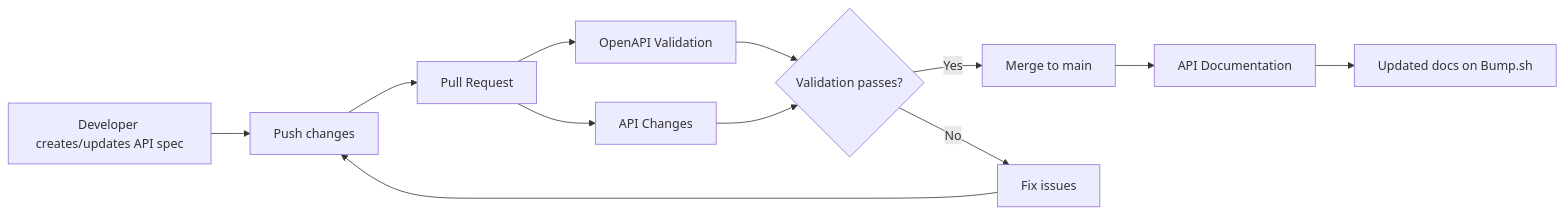
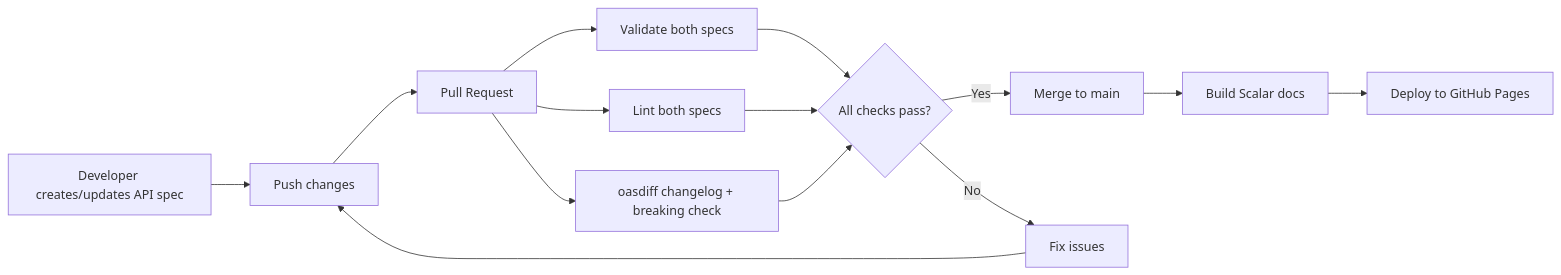
The third of 3 diagrams in docs/github-workflows.md (flowrapp/openapi-specs), drawn with Mermaid before and after one commit. The commit also changed other lines of this file and 23 other files, not shown here.

````diff
--- a/docs/github-workflows.md
+++ b/docs/github-workflows.md
@@ -71,14 +70,16 @@
 ```mermaid
 flowchart LR
     A[Developer creates/updates API spec] --> B[Push changes]
     B --> C[Pull Request]
-    C --> D[OpenAPI Validation]
-    C --> E[API Changes]
-    D --> F{Validation passes?}
-    E --> F
-    F -->|Yes| G[Merge to main]
-    F -->|No| H[Fix issues]
-    H --> B
-    G --> I[API Documentation]
-    I --> J[Updated docs on Bump.sh]
+    C --> D[Validate both specs]
+    C --> E[Lint both specs]
+    C --> F[oasdiff changelog + breaking check]
+    D --> G{All checks pass?}
+    E --> G
+    F --> G
+    G -->|Yes| H[Merge to main]
+    G -->|No| I[Fix issues]
+    I --> B
+    H --> J[Build Scalar docs]
+    J --> K[Deploy to GitHub Pages]
 ```
````
